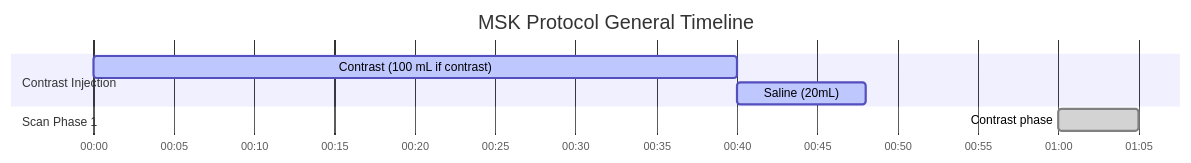
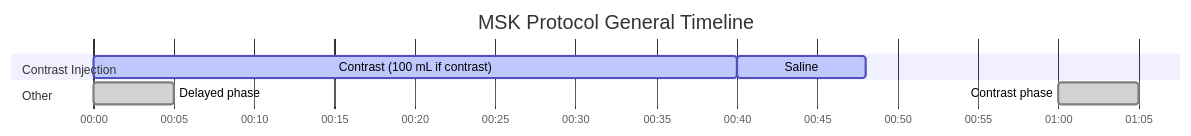
Before and after one commit to dfergs93/radiology-protocols: the diagram in docs/ct/msk/msk-protocol-general.md, drawn with Mermaid. The commit also changed other lines of this file and 101 other files, not shown here.

````diff
--- a/docs/ct/msk/msk-protocol-general.md
+++ b/docs/ct/msk/msk-protocol-general.md
@@ -85,16 +86,19 @@
   ```mermaid
   ---
+  displayMode: compact
   config:
     theme: default
+    themeCSS: " #Saline{ fill: #4ed5ff; stroke: #2094f3; } "
   ---
     gantt
       title MSK Protocol General Timeline
       dateFormat mm:ss
       axisFormat %M:%S 
       
       section Contrast Injection
       Contrast (100 mL if contrast)    :active, contrast, 00:00, 40s
-      Saline (20mL)          :active, saline, after contrast, 8s
-      section Scan Phase 1
+      Saline          :active, saline, after contrast, 8s
+      section Other
       Contrast phase    :done, scan1, 01:00, 5s
+      Delayed phase    :done, scan2, 00:00, 5s
   ```
````
